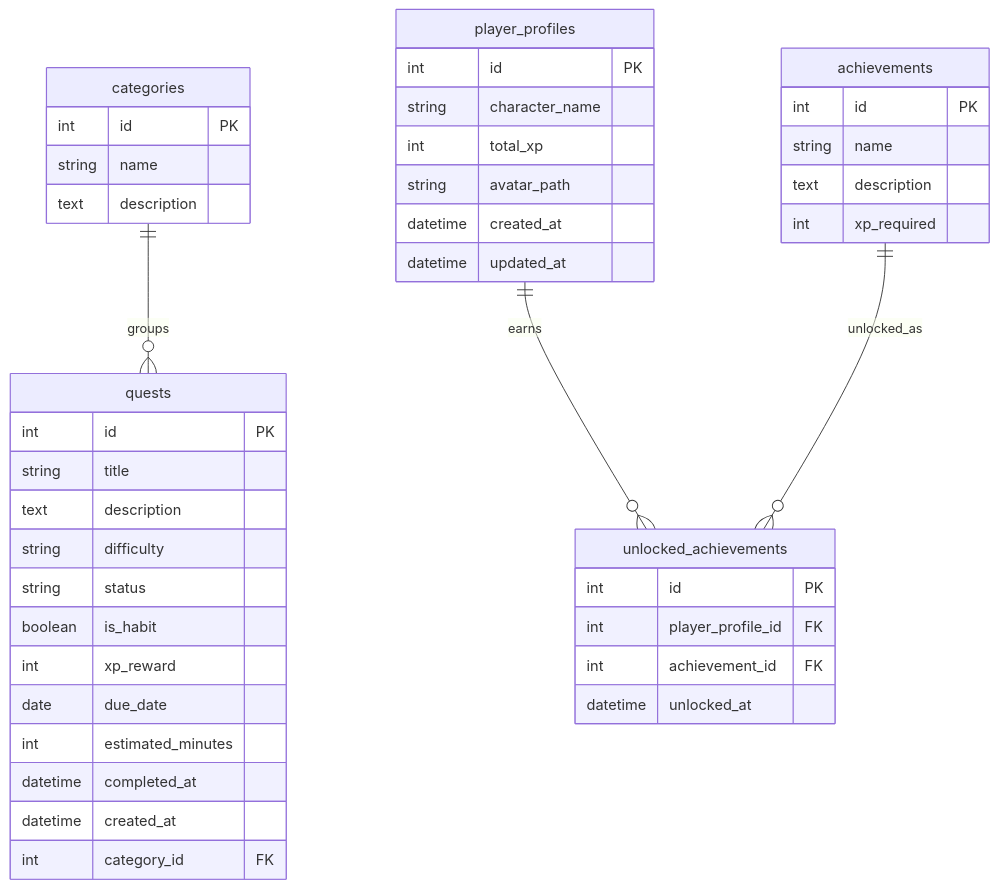
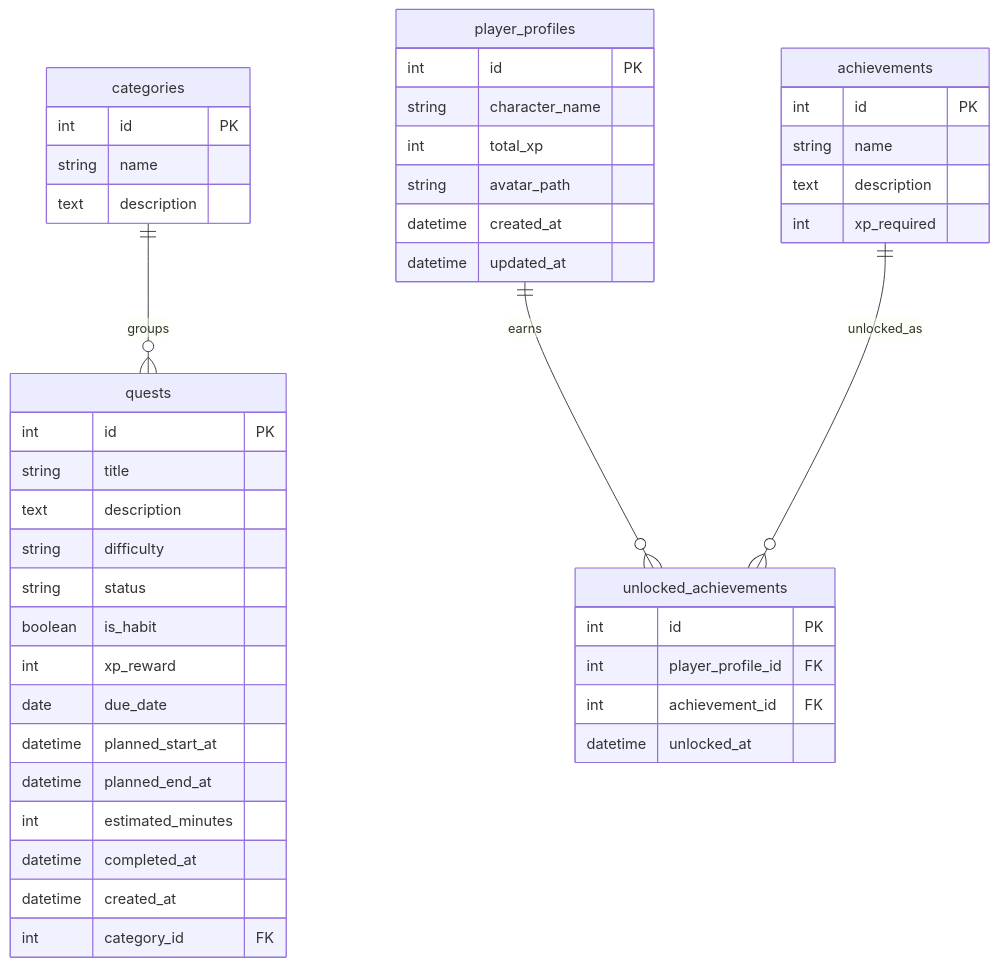
One commit to BaseMar/habit-quest-analytics changed the diagram in docs/data_model.md. Above: the diagram before and after it, drawn with Mermaid. The commit also changed other lines of this file and 7 other files, not shown here.

````diff
--- a/docs/data_model.md
+++ b/docs/data_model.md
@@ -95,50 +97,52 @@
 ```mermaid
 erDiagram
     categories ||--o{ quests : groups
     player_profiles ||--o{ unlocked_achievements : earns
     achievements ||--o{ unlocked_achievements : unlocked_as
 
     categories {
         int id PK
         string name
         text description
     }
 
     quests {
         int id PK
         string title
         text description
         string difficulty
         string status
         boolean is_habit
         int xp_reward
         date due_date
+        datetime planned_start_at
+        datetime planned_end_at
         int estimated_minutes
         datetime completed_at
         datetime created_at
         int category_id FK
     }
 
     player_profiles {
         int id PK
         string character_name
         int total_xp
         string avatar_path
         datetime created_at
         datetime updated_at
     }
 
     achievements {
         int id PK
         string name
         text description
         int xp_required
     }
 
     unlocked_achievements {
         int id PK
         int player_profile_id FK
         int achievement_id FK
         datetime unlocked_at
     }
 ```
````
